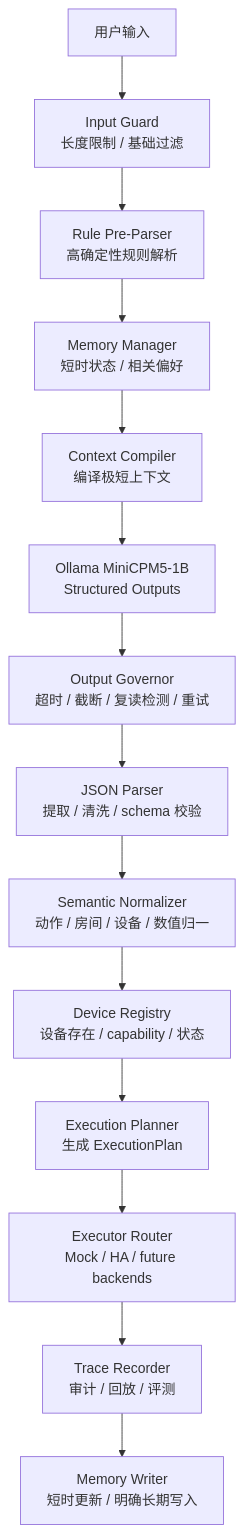
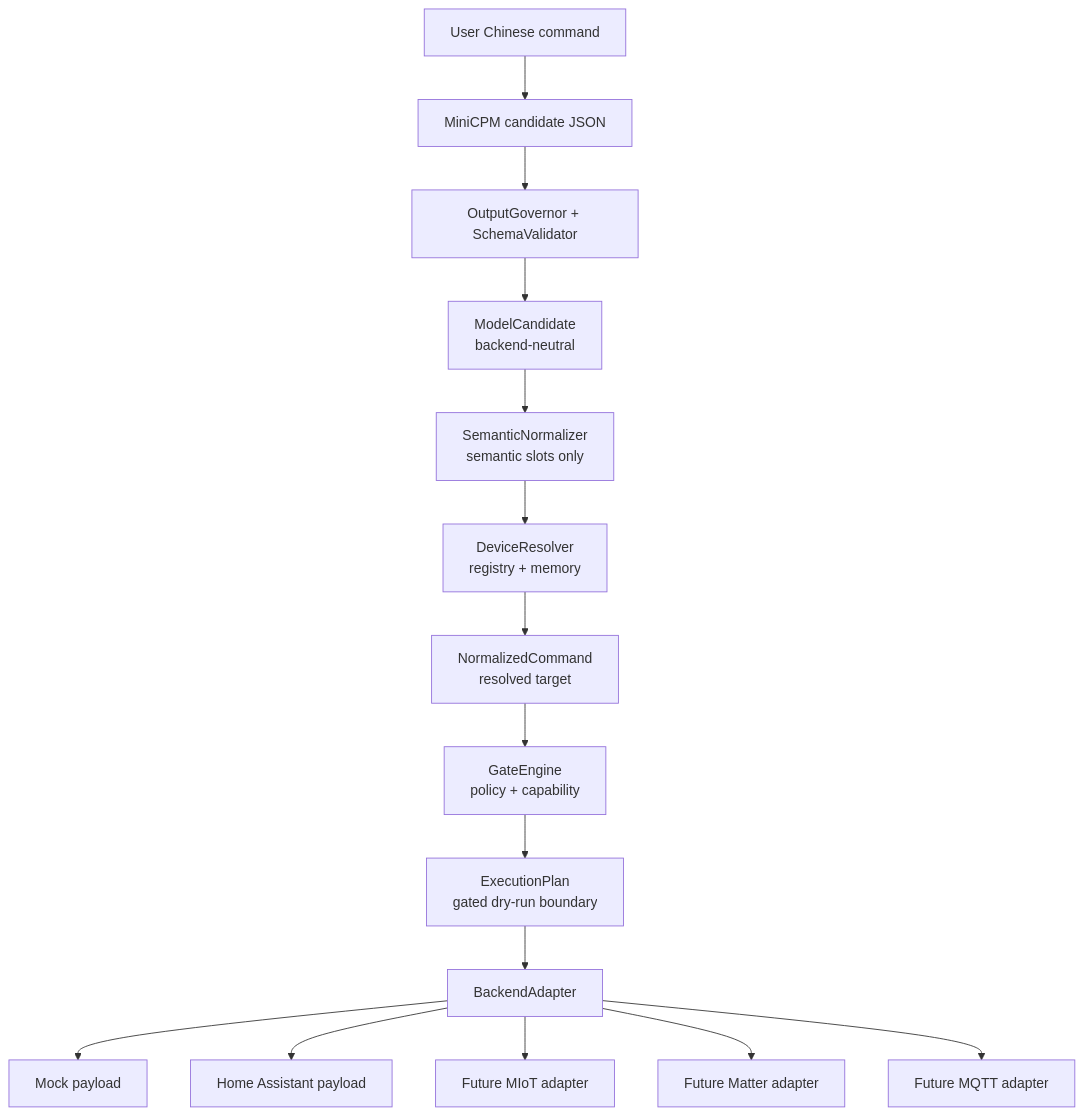
The diagram in plan.md (yushui2022/EdgeHome-Harness), drawn with Mermaid before and after one commit. The commit also changed other lines of this file, not shown here.

Commit message:
docs: add public release hardening plan

````diff
--- a/plan.md
+++ b/plan.md
@@ -315,16 +652,17 @@
 ```mermaid
 flowchart TD
-    A["用户输入"] --> B["Input Guard<br/>长度限制 / 基础过滤"]
-    B --> C["Rule Pre-Parser<br/>高确定性规则解析"]
-    C --> D["Memory Manager<br/>短时状态 / 相关偏好"]
-    D --> E["Context Compiler<br/>编译极短上下文"]
-    E --> F["Ollama MiniCPM5-1B<br/>Structured Outputs"]
-    F --> G["Output Governor<br/>超时 / 截断 / 复读检测 / 重试"]
-    G --> H["JSON Parser<br/>提取 / 清洗 / schema 校验"]
-    H --> I["Semantic Normalizer<br/>动作 / 房间 / 设备 / 数值归一"]
-    I --> J["Device Registry<br/>设备存在 / capability / 状态"]
-    J --> K["Execution Planner<br/>生成 ExecutionPlan"]
-    K --> L["Executor Router<br/>Mock / HA / future backends"]
-    L --> M["Trace Recorder<br/>审计 / 回放 / 评测"]
-    M --> N["Memory Writer<br/>短时更新 / 明确长期写入"]
+    A["User Chinese command"] --> B["MiniCPM candidate JSON"]
+    B --> C["OutputGovernor + SchemaValidator"]
+    C --> D["ModelCandidate<br/>backend-neutral"]
+    D --> E["SemanticNormalizer<br/>semantic slots only"]
+    E --> F["DeviceResolver<br/>registry + memory"]
+    F --> G["NormalizedCommand<br/>resolved target"]
+    G --> H["GateEngine<br/>policy + capability"]
+    H --> I["ExecutionPlan<br/>gated dry-run boundary"]
+    I --> J["BackendAdapter"]
+    J --> K["Mock payload"]
+    J --> L["Home Assistant payload"]
+    J --> M["Future MIoT adapter"]
+    J --> N["Future Matter adapter"]
+    J --> O["Future MQTT adapter"]
 ```
````
